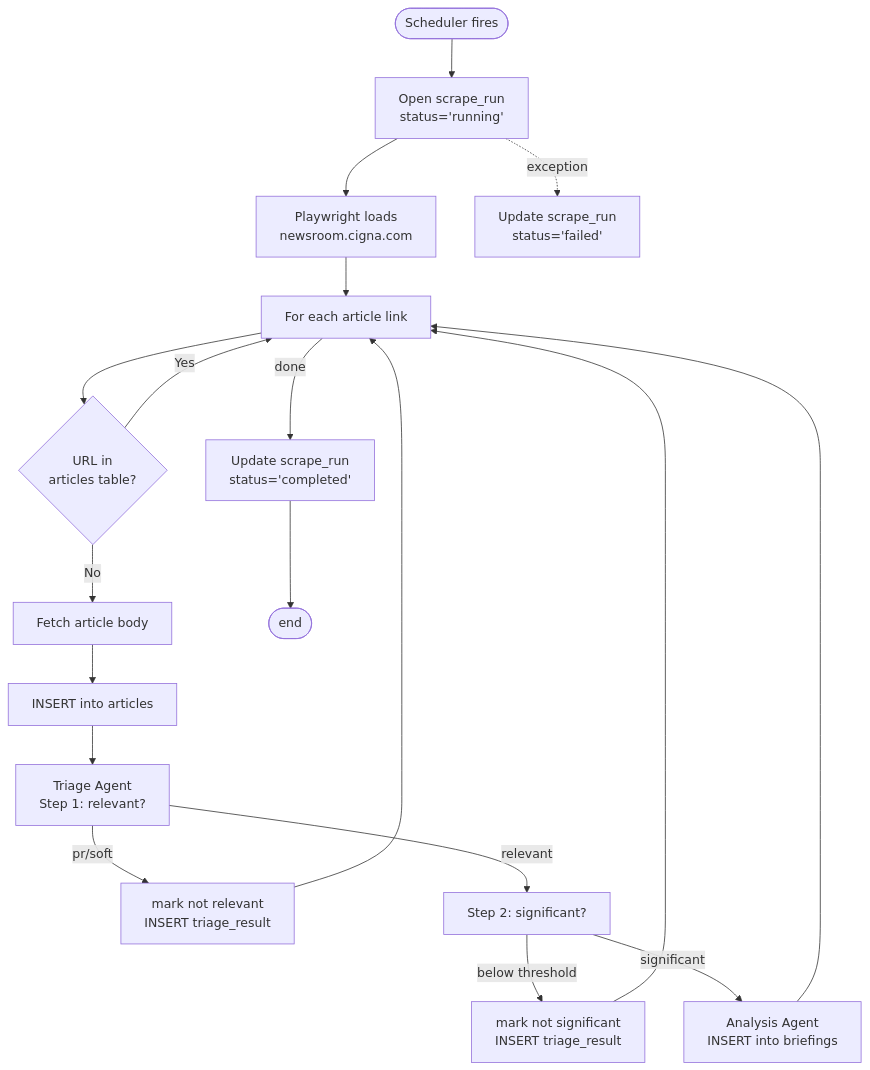
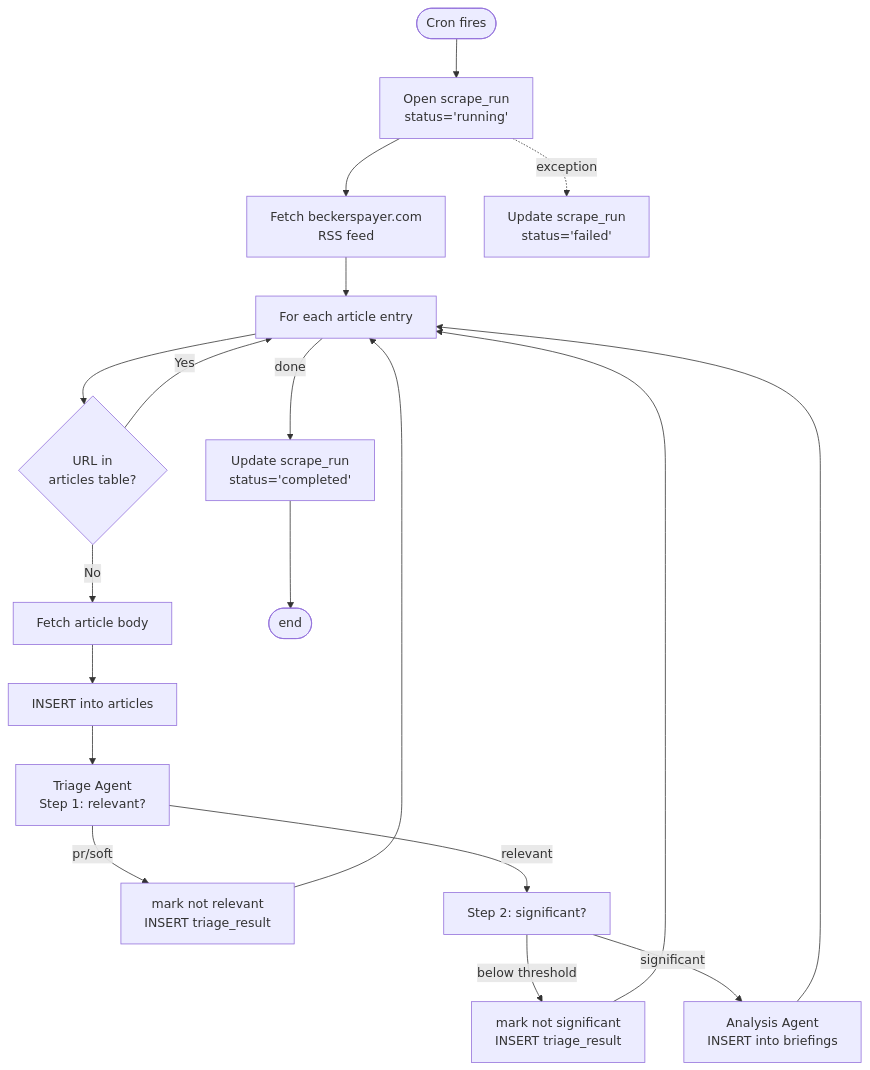
The second of 2 diagrams in docs/technical-design.md (ericlow/Health-Insurance-News-Agent), drawn with Mermaid before and after one commit. The commit also changed other lines of this file and 2 other files, not shown here.

First line of the commit message:
docs: sync TDD with implementation reality; resolve open questions

````diff
--- a/docs/technical-design.md
+++ b/docs/technical-design.md
@@ -257,21 +257,21 @@
 ```mermaid
 flowchart TD
-    A([Scheduler fires]) --> B[Open scrape_run\nstatus='running']
-    B --> C[Playwright loads\nnewsroom.cigna.com]
-    C --> D[For each article link]
+    A([Cron fires]) --> B[Open scrape_run\nstatus='running']
+    B --> C[Fetch beckerspayer.com\nRSS feed]
+    C --> D[For each article entry]
     D --> E{URL in\narticles table?}
     E -- Yes --> D
     E -- No --> F[Fetch article body]
     F --> G[INSERT into articles]
     G --> H[Triage Agent\nStep 1: relevant?]
     H -- pr/soft --> Skip[mark not relevant\nINSERT triage_result]
     Skip --> D
     H -- relevant --> I[Step 2: significant?]
     I -- below threshold --> Skip2[mark not significant\nINSERT triage_result]
     Skip2 --> D
     I -- significant --> J[Analysis Agent\nINSERT into briefings]
     J --> D
     D -- done --> K[Update scrape_run\nstatus='completed']
     K --> L([end])
     B -. exception .-> M[Update scrape_run\nstatus='failed']
 ```
````
